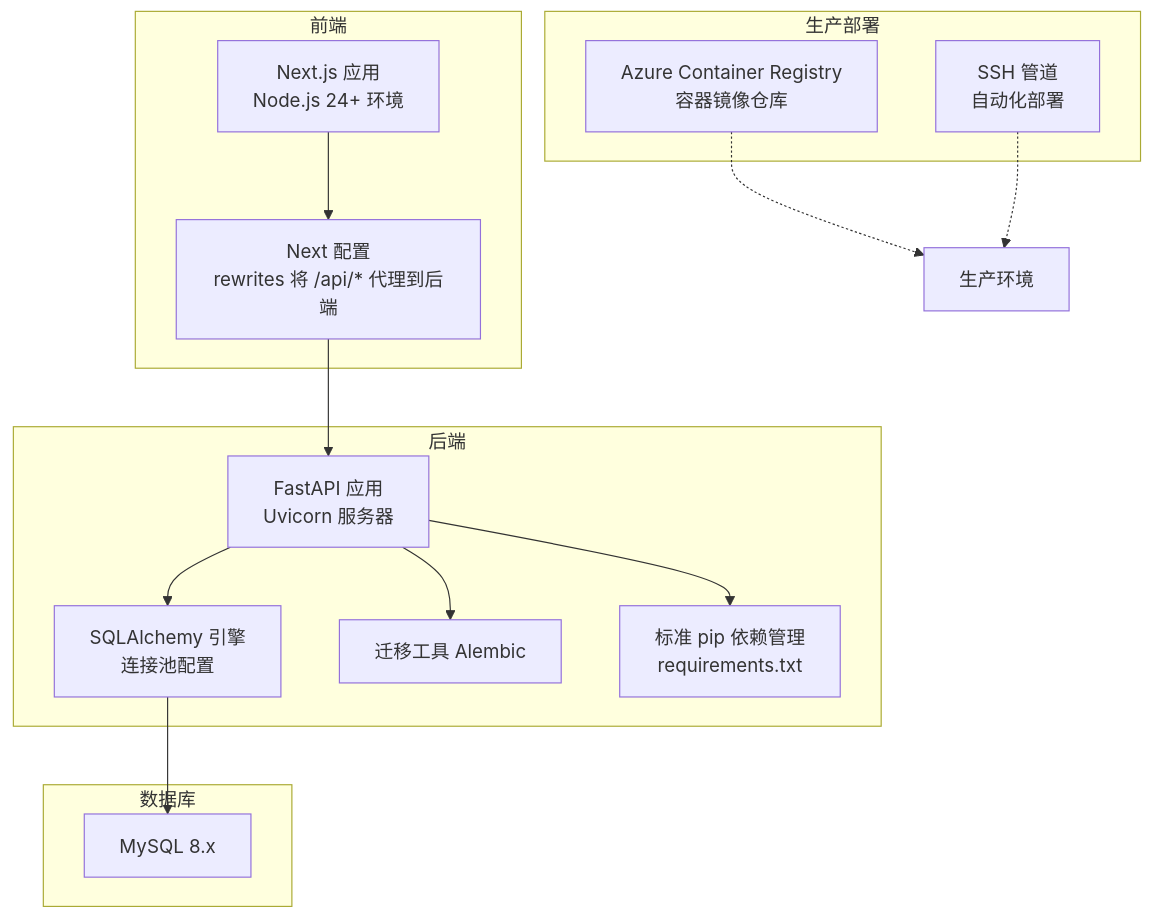
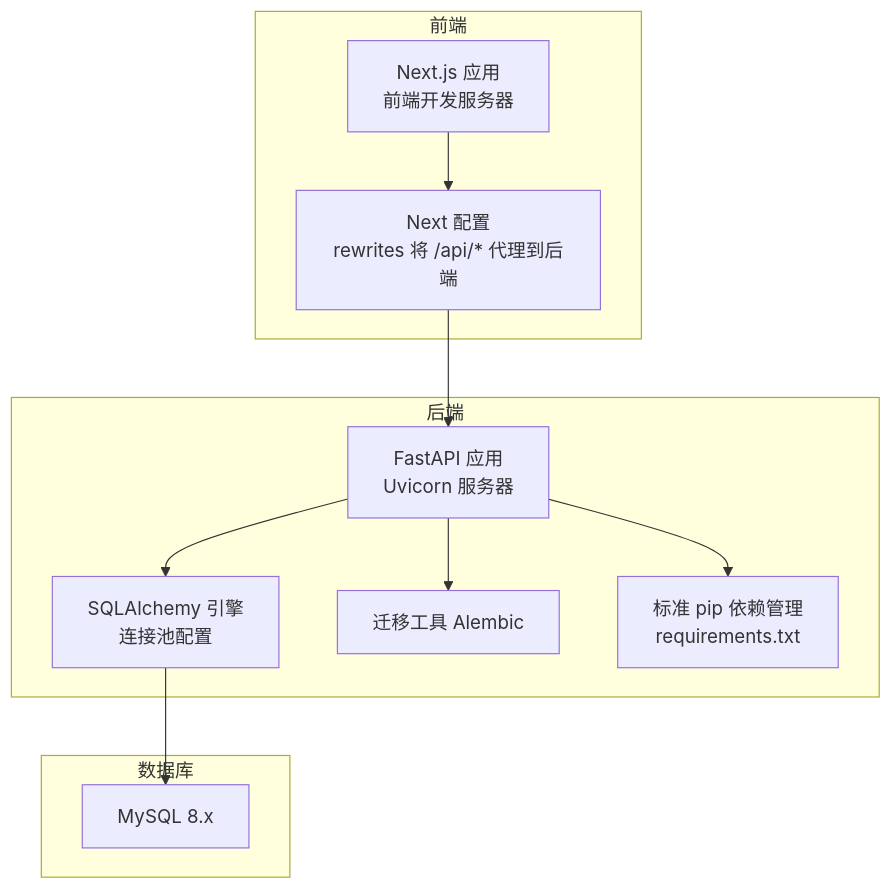
The first of 3 diagrams in .qoder/repowiki/zh/content/开发指南/环境搭建.md (gujialind/InvestRing), drawn with Mermaid before and after one commit. The commit also changed other lines of this file and 65 other files, not shown here.

````diff
--- a/.qoder/repowiki/zh/content/开发指南/环境搭建.md
+++ b/.qoder/repowiki/zh/content/开发指南/环境搭建.md
@@ -59,28 +62,22 @@
 ```mermaid
 graph TB
 subgraph "前端"
-FE_Next["Next.js 应用<br/>Node.js 24+ 环境"]
+FE_Next["Next.js 应用<br/>前端开发服务器"]
 FE_Config["Next 配置<br/>rewrites 将 /api/* 代理到后端"]
 end
 subgraph "后端"
 BE_API["FastAPI 应用<br/>Uvicorn 服务器"]
 BE_DB["SQLAlchemy 引擎<br/>连接池配置"]
 BE_Alembic["迁移工具 Alembic"]
 BE_Pip["标准 pip 依赖管理<br/>requirements.txt"]
 end
 subgraph "数据库"
 MySQL["MySQL 8.x"]
 end
-subgraph "生产部署"
-ACR["Azure Container Registry<br/>容器镜像仓库"]
-SSH["SSH 管道<br/>自动化部署"]
-end
 FE_Next --> FE_Config
 FE_Config --> BE_API
 BE_API --> BE_DB
 BE_DB --> MySQL
 BE_API --> BE_Alembic
 BE_API --> BE_Pip
-ACR -.-> 生产环境
-SSH -.-> 生产环境
 ```
````
